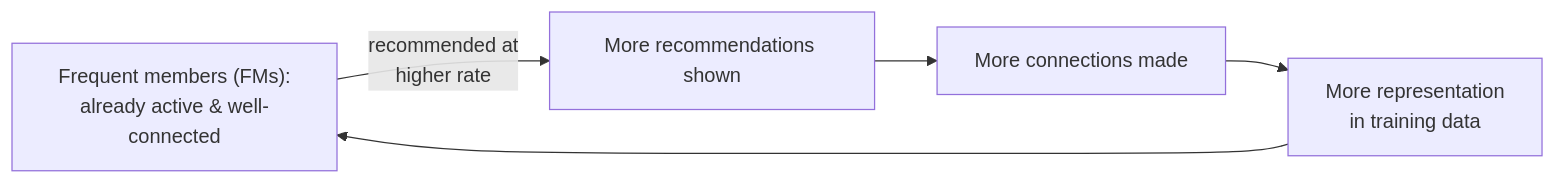
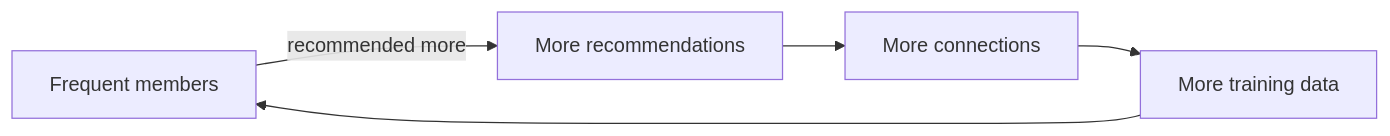
The fifth of 6 diagrams in case-studies/pymk-friend-recommendation/README.md (romancobblepot/AI-system-design-primer), drawn with Mermaid before and after one commit. The commit also changed other lines of this file and 49 other files, not shown here.

````diff
--- a/case-studies/pymk-friend-recommendation/README.md
+++ b/case-studies/pymk-friend-recommendation/README.md
@@ -236,7 +234,7 @@
 ```mermaid
 flowchart LR
-    FM["Frequent members (FMs):\nalready active & well-connected"] -->|"recommended at\nhigher rate"| Rec["More recommendations shown"]
-    Rec --> Conn["More connections made"]
-    Conn --> Train["More representation\nin training data"]
-    Train --> FM
+    FM["Frequent members"] -->|"recommended more"| REC["More recommendations"]
+    REC --> CONN["More connections"]
+    CONN --> TRAIN["More training data"]
+    TRAIN --> FM
 ```
````
